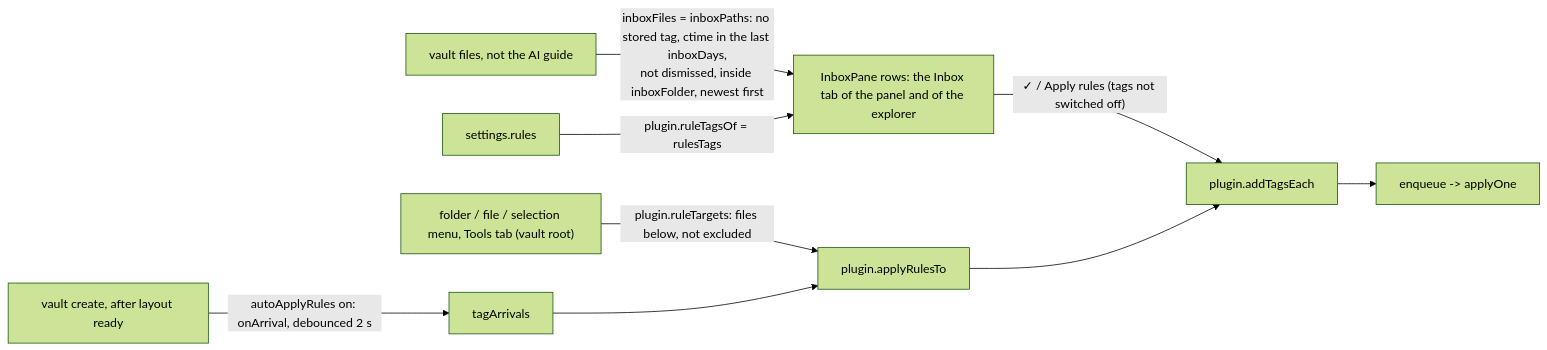
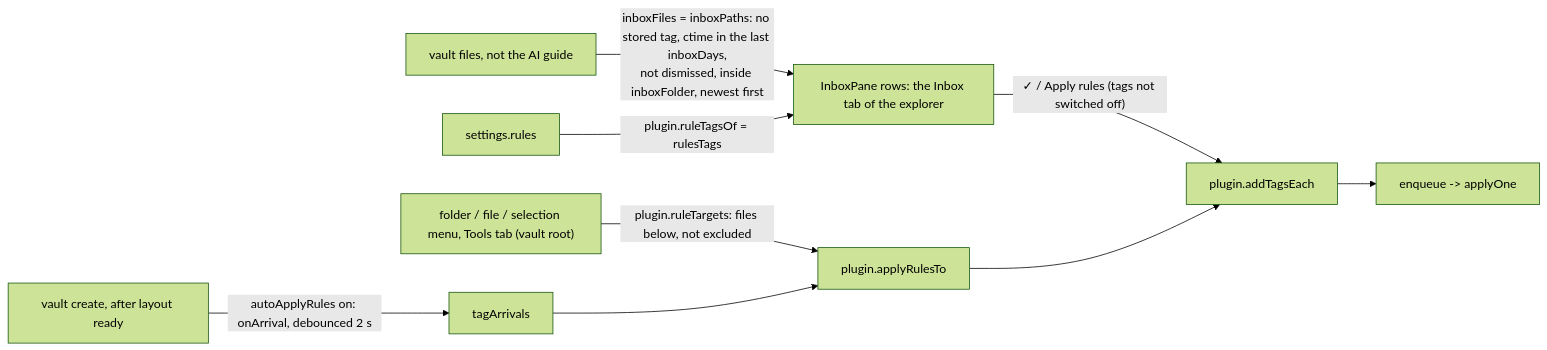
Before and after one commit to AlbanMontaigu/obsidian: the sixth of 10 diagrams in plugins/tag-everything/docs/architecture.md, drawn with Mermaid (forest theme). The commit also changed other lines of this file and 10 other files, not shown here.

Commit message:
tag-everything 0.33.0: the inbox is only in the explorer, no Inbox tab in the panel

````diff
--- a/plugins/tag-everything/docs/architecture.md
+++ b/plugins/tag-everything/docs/architecture.md
@@ -187,10 +187,10 @@
 ```mermaid
 flowchart LR
-  files[vault files, not the AI guide] -->|"inboxFiles = inboxPaths: no stored tag, ctime in the last inboxDays,<br/>not dismissed, inside inboxFolder, newest first"| inbox[InboxPane rows: the Inbox tab of the panel and of the explorer]
+  files[vault files, not the AI guide] -->|"inboxFiles = inboxPaths: no stored tag, ctime in the last inboxDays,<br/>not dismissed, inside inboxFolder, newest first"| inbox[InboxPane rows: the Inbox tab of the explorer]
   rules[settings.rules] -->|plugin.ruleTagsOf = rulesTags| inbox
   inbox -->|"✓ / Apply rules (tags not switched off)"| add[plugin.addTagsEach]
   pick["folder / file / selection menu, Tools tab (vault root)"] -->|"plugin.ruleTargets: files below, not excluded"| apply[plugin.applyRulesTo]
   create[vault create, after layout ready] -->|autoApplyRules on: onArrival, debounced 2 s| arr[tagArrivals] --> apply
   apply --> add
   add --> wp[enqueue -> applyOne]
 ```
````
